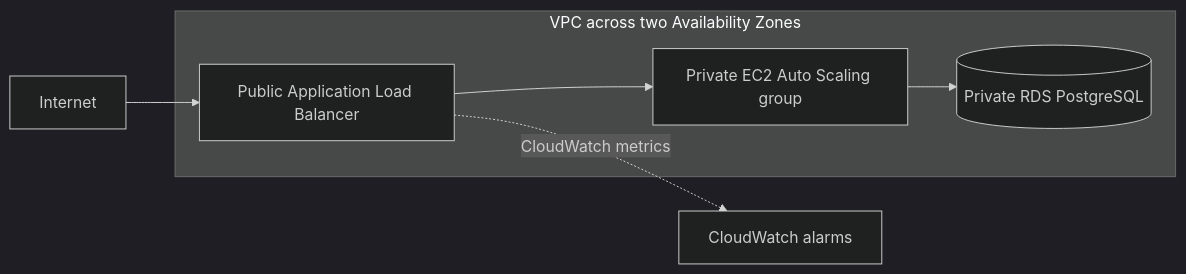
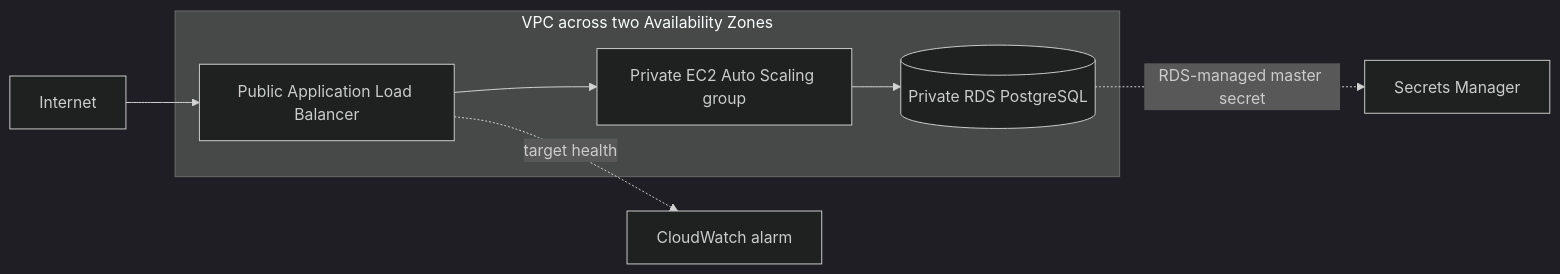
Before and after one commit to yourclouddude/terraform-aws-three-tier-web-stack: the diagram in README.md, drawn with Mermaid (dark theme). The commit also changed other lines of this file and 23 other files, not shown here.

````diff
--- a/README.md
+++ b/README.md
@@ -25,11 +23,12 @@
 ```mermaid
 flowchart LR
     I["Internet"] --> ALB["Public Application Load Balancer"]
 
     subgraph VPC["VPC across two Availability Zones"]
         ALB --> APP["Private EC2 Auto Scaling group"]
         APP --> DB[("Private RDS PostgreSQL")]
     end
 
-    ALB -. "CloudWatch metrics" .-> CW["CloudWatch alarms"]
+    DB -. "RDS-managed master secret" .-> SM["Secrets Manager"]
+    ALB -. "target health" .-> CW["CloudWatch alarm"]
 ```
````
